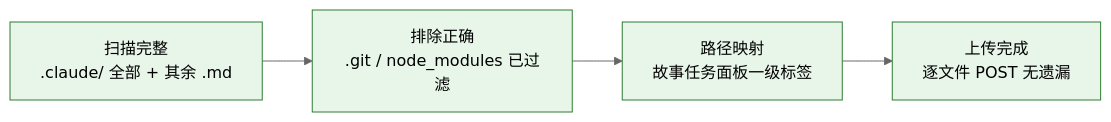
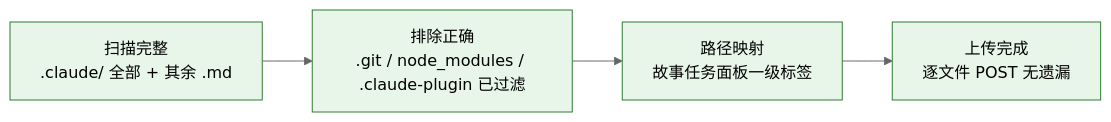
Before and after one commit to effiy/YrY: the eighth of 8 diagrams in skills/import-docs/SKILL.md, drawn with Mermaid (neutral theme). The commit also changed other lines of this file and 14 other files, not shown here.

````diff
--- a/skills/import-docs/SKILL.md
+++ b/skills/import-docs/SKILL.md
@@ -189,8 +281,8 @@
 ```mermaid
 flowchart LR
-    S1["扫描完整<br/>.claude/ 全部 + 其余 .md"]:::sig --> S2["排除正确<br/>.git / node_modules 已过滤"]:::sig
+    S1["扫描完整<br/>.claude/ 全部 + 其余 .md"]:::sig --> S2["排除正确<br/>.git / node_modules / .claude-plugin 已过滤"]:::sig
     S2 --> S3["路径映射<br/>故事任务面板一级标签"]:::sig
     S3 --> S4["上传完成<br/>逐文件 POST 无遗漏"]:::sig
 
     classDef sig fill:#e8f5e9,stroke:#2e7d32;
 ```
````
